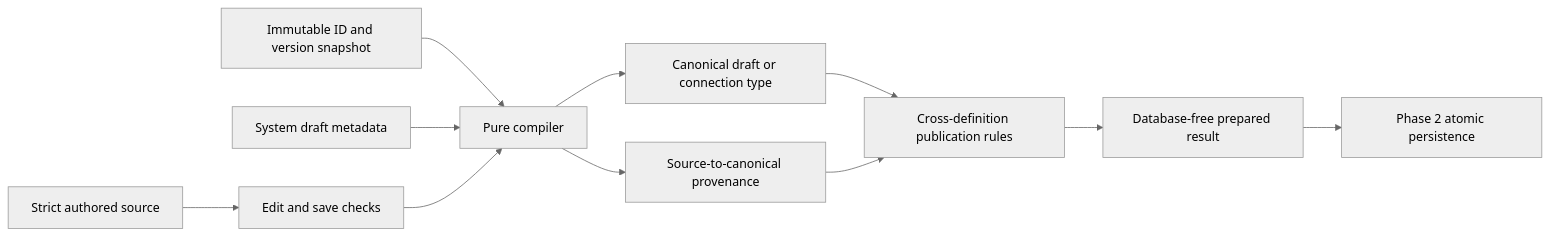
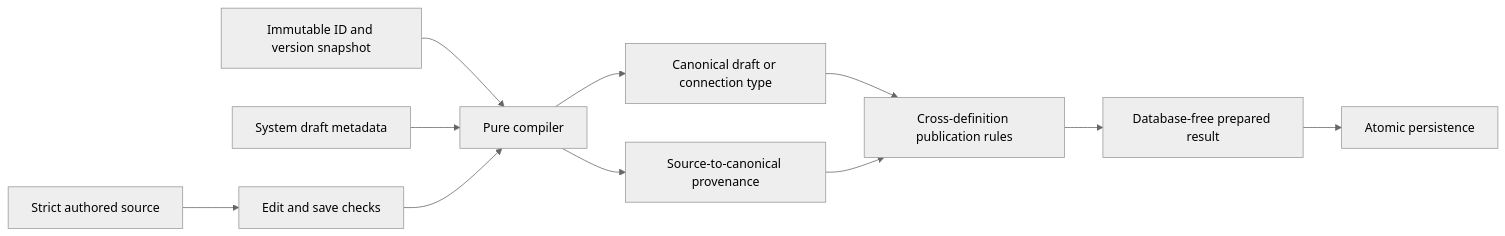
Before and after one commit to Abzum-NZ/Abzum-Vortex: the first of 8 diagrams in docs/specification/appendices/data-contracts.md, drawn with Mermaid (neutral theme). The commit also changed other lines of this file and 50 other files, not shown here.

````diff
--- a/docs/specification/appendices/data-contracts.md
+++ b/docs/specification/appendices/data-contracts.md
@@ -13,13 +13,13 @@
 ```mermaid
 flowchart LR
     SOURCE[Strict authored source] --> SHAPE[Edit and save checks]
     SNAPSHOT[Immutable ID and version snapshot] --> COMPILE[Pure compiler]
     META[System draft metadata] --> COMPILE
     SHAPE --> COMPILE
     COMPILE --> CANON[Canonical draft or connection type]
     COMPILE --> PROV[Source-to-canonical provenance]
     CANON --> PUBLISH[Cross-definition publication rules]
     PROV --> PUBLISH
     PUBLISH --> PREPARED[Database-free prepared result]
-    PREPARED --> STORE[Phase 2 atomic persistence]
+    PREPARED --> STORE[Atomic persistence]
 ```
````
